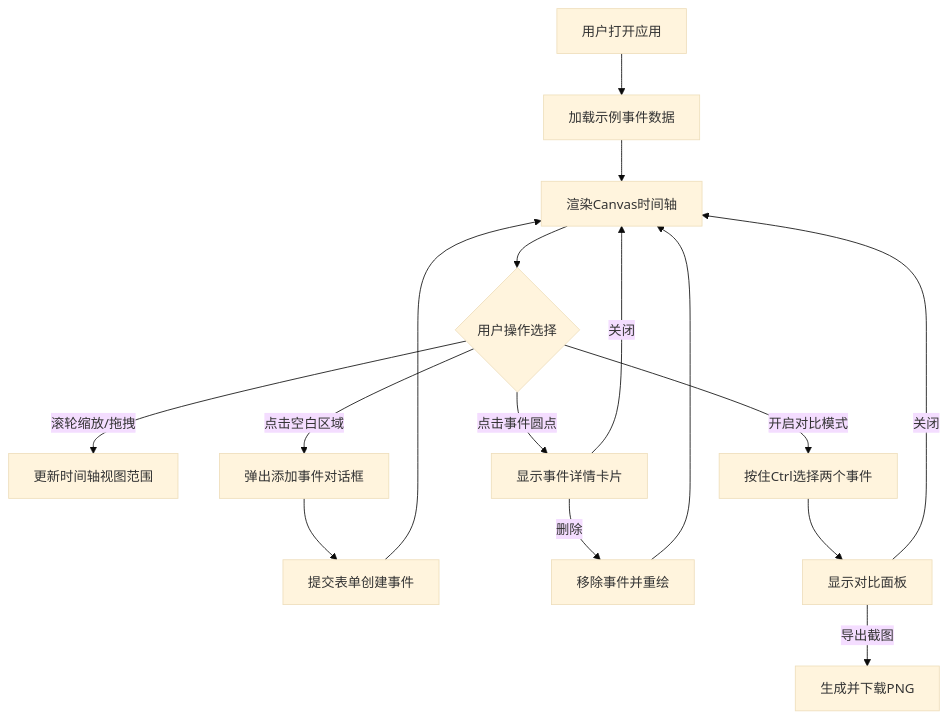
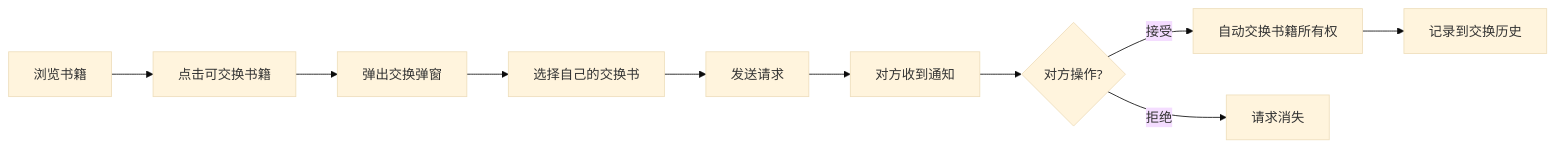
The diagram in cp1_6.16_auto57/.trae/documents/PRD.md (LIANG0828906/solo), drawn with Mermaid (base theme) before and after one commit. The commit also changed other lines of this file and 39 other files, not shown here.

````diff
--- a/cp1_6.16_auto57/.trae/documents/PRD.md
+++ b/cp1_6.16_auto57/.trae/documents/PRD.md
@@ -37,18 +32,12 @@
 ```mermaid
-flowchart TD
-    A["用户打开应用"] --> B["加载示例事件数据"]
-    B --> C["渲染Canvas时间轴"]
-    C --> D{"用户操作选择"}
-    D -->|滚轮缩放/拖拽| E["更新时间轴视图范围"]
-    D -->|点击空白区域| F["弹出添加事件对话框"]
-    F --> G["提交表单创建事件"]
-    G --> C
-    D -->|点击事件圆点| H["显示事件详情卡片"]
-    H -->|删除| I["移除事件并重绘"]
-    I --> C
-    H -->|关闭| C
-    D -->|开启对比模式| J["按住Ctrl选择两个事件"]
-    J --> K["显示对比面板"]
-    K -->|导出截图| L["生成并下载PNG"]
-    K -->|关闭| C
+flowchart LR
+    A["浏览书籍"] --> B["点击可交换书籍"]
+    B --> C["弹出交换弹窗"]
+    C --> D["选择自己的交换书"]
+    D --> E["发送请求"]
+    E --> F["对方收到通知"]
+    F --> G{对方操作?}
+    G -->|接受| H["自动交换书籍所有权"]
+    G -->|拒绝| I["请求消失"]
+    H --> J["记录到交换历史"]
 ```
````
